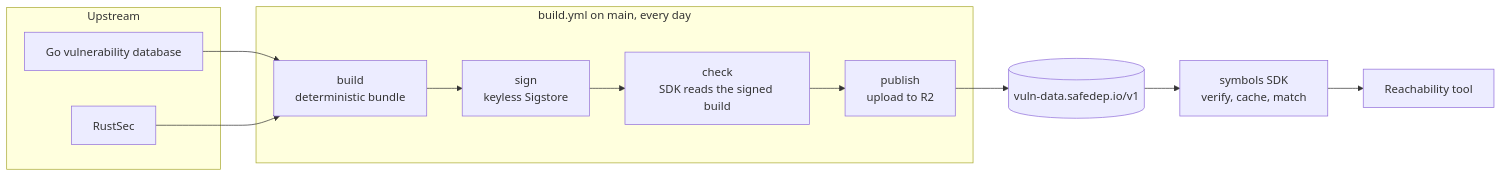
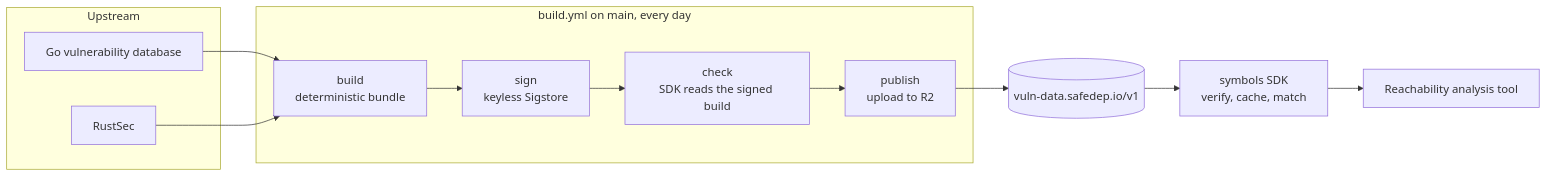
One commit to safedep/vuln-symbols changed the diagram in README.md. Above: the diagram before and after it, drawn with Mermaid. The commit also changed other lines of this file and 3 other files, not shown here.

First line of the commit message:
docs: say reachability analysis tool and first stable release in every doc

````diff
--- a/README.md
+++ b/README.md
@@ -61,21 +62,21 @@
 ```mermaid
 flowchart LR
   subgraph sources[Upstream]
     go[Go vulnerability database]
     rs[RustSec]
   end
   subgraph wf["build.yml on main, every day"]
     build[build<br/>deterministic bundle]
     sign[sign<br/>keyless Sigstore]
     check[check<br/>SDK reads the signed build]
     publish[publish<br/>upload to R2]
   end
   host[(vuln-data.safedep.io/v1)]
   sdk[symbols SDK<br/>verify, cache, match]
-  tool[Reachability tool]
+  tool[Reachability analysis tool]
 
   go --> build
   rs --> build
   build --> sign --> check --> publish --> host
   host --> sdk --> tool
 ```
````
